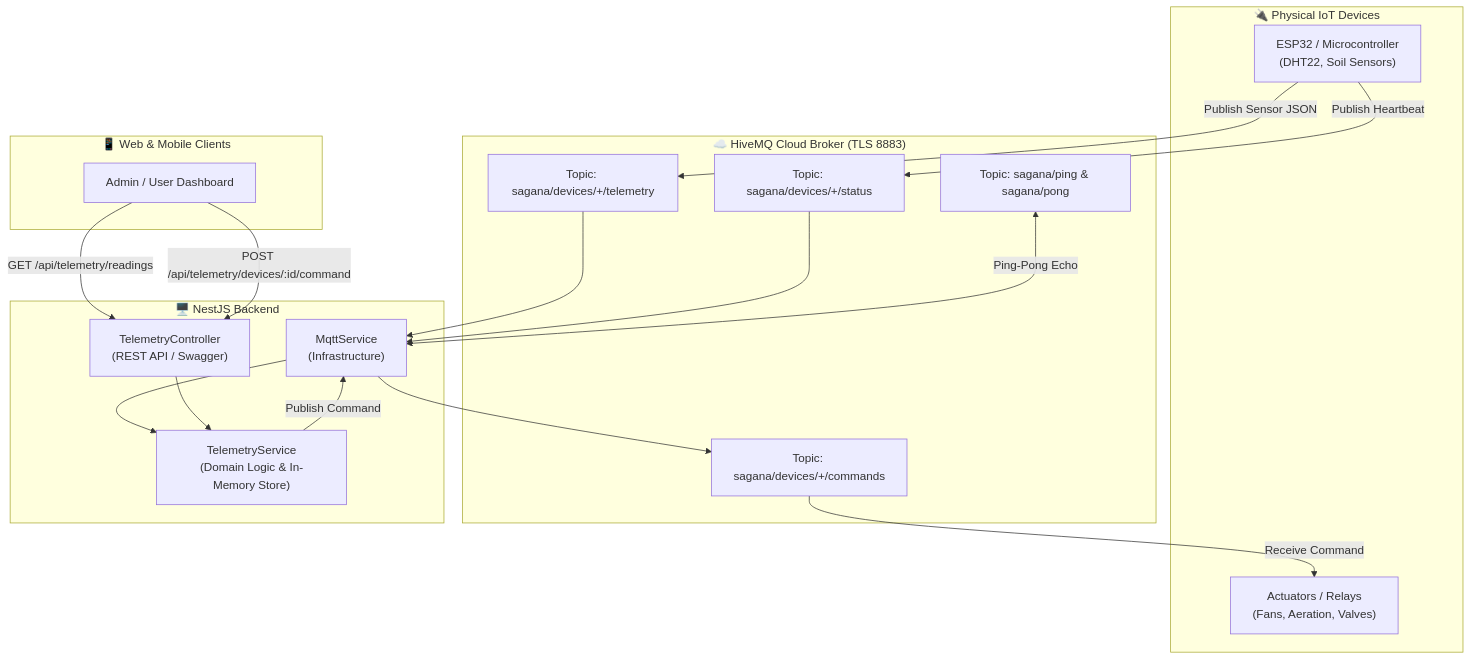
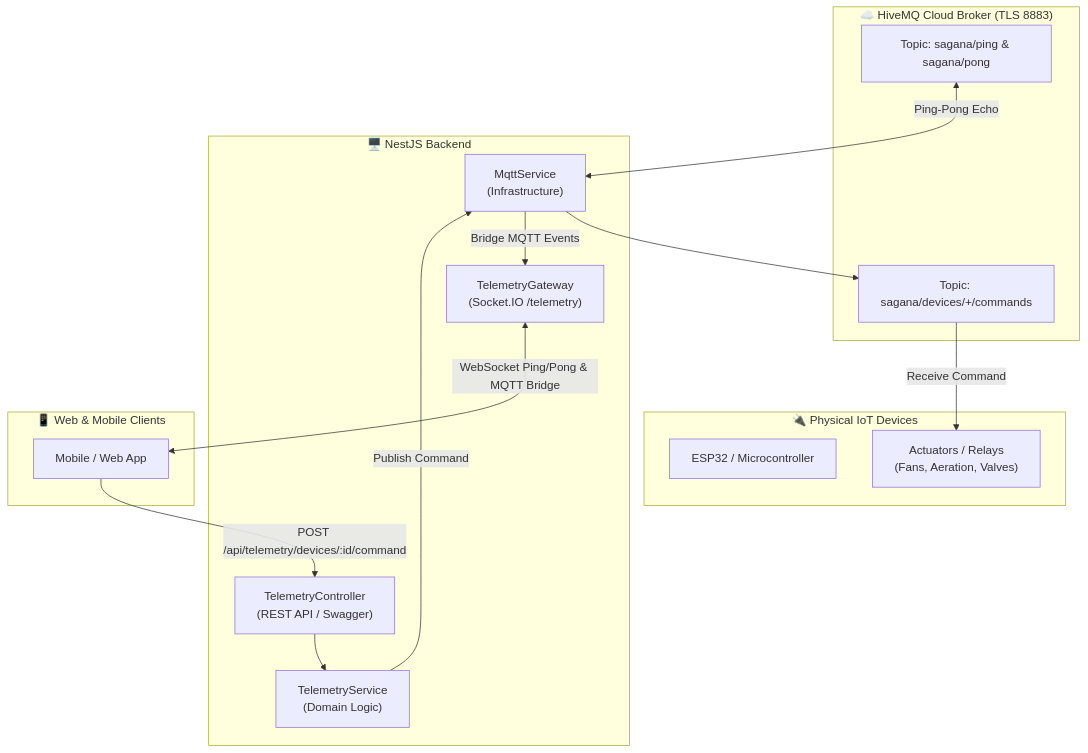
One commit to likha-innovations/sagana-backend changed the diagram in docs/modules/telemetry.md. Above: the diagram before and after it, drawn with Mermaid. The commit also changed other lines of this file, not shown here.

Commit message:
docs(telemetry): update architecture, topic specs, and gateway event matrix

````diff
--- a/docs/modules/telemetry.md
+++ b/docs/modules/telemetry.md
@@ -9,39 +9,33 @@
 ```mermaid
 flowchart TD
     subgraph Hardware ["🔌 Physical IoT Devices"]
-        ESP["ESP32 / Microcontroller<br/>(DHT22, Soil Sensors)"]
+        ESP["ESP32 / Microcontroller"]
         Actuators["Actuators / Relays<br/>(Fans, Aeration, Valves)"]
     end
 
     subgraph HiveMQ ["☁️ HiveMQ Cloud Broker (TLS 8883)"]
-        TeleTopic["Topic: sagana/devices/+/telemetry"]
-        StatusTopic["Topic: sagana/devices/+/status"]
+        PingTopic["Topic: sagana/ping & sagana/pong"]
         CmdTopic["Topic: sagana/devices/+/commands"]
-        PingTopic["Topic: sagana/ping & sagana/pong"]
     end
 
     subgraph Backend ["🖥️ NestJS Backend"]
         MqttSvc["MqttService<br/>(Infrastructure)"]
-        TelemSvc["TelemetryService<br/>(Domain Logic & In-Memory Store)"]
+        TelemSvc["TelemetryService<br/>(Domain Logic)"]
+        TelemGateway["TelemetryGateway<br/>(Socket.IO /telemetry)"]
         TelemCtrl["TelemetryController<br/>(REST API / Swagger)"]
     end
 
     subgraph Clients ["📱 Web & Mobile Clients"]
-        Dashboard["Admin / User Dashboard"]
+        Dashboard["Mobile / Web App"]
     end
 
-    ESP -->|Publish Sensor JSON| TeleTopic
-    ESP -->|Publish Heartbeat| StatusTopic
-    TeleTopic --> MqttSvc
-    StatusTopic --> MqttSvc
-    MqttSvc --> TelemSvc
-
-    Dashboard -->|GET /api/telemetry/readings| TelemCtrl
     Dashboard -->|POST /api/telemetry/devices/:id/command| TelemCtrl
     TelemCtrl --> TelemSvc
     TelemSvc -->|Publish Command| MqttSvc
     MqttSvc --> CmdTopic
     CmdTopic -->|Receive Command| Actuators
 
     PingTopic <-->|Ping-Pong Echo| MqttSvc
+    MqttSvc -->|Bridge MQTT Events| TelemGateway
+    TelemGateway <-->|WebSocket Ping/Pong & MQTT Bridge| Dashboard
 ```
````
